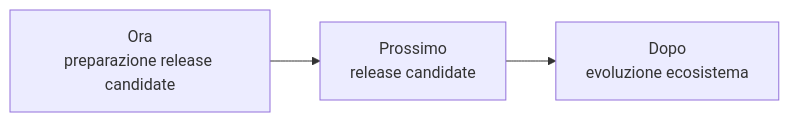
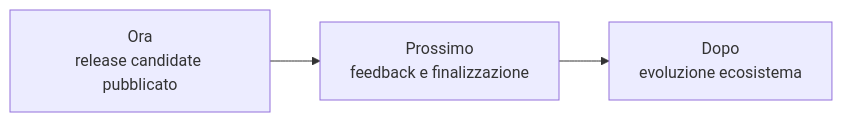
The diagram in docs/project/roadmap.md (Fubeo/Fub), drawn with Mermaid before and after one commit. The commit also changed other lines of this file and 1 other file, not shown here.

Commit message:
docs(project): registra release candidate 0.1.0-rc.1 pubblicato

````diff
--- a/docs/project/roadmap.md
+++ b/docs/project/roadmap.md
@@ -9,7 +9,7 @@
 ```mermaid
 flowchart LR
-    NOW["Ora<br/>preparazione release candidate"]
-    RC["Prossimo<br/>release candidate"]
+    NOW["Ora<br/>release candidate pubblicato"]
+    RC["Prossimo<br/>feedback e finalizzazione"]
     LATER["Dopo<br/>evoluzione ecosistema"]
     NOW --> RC --> LATER
 ```
````
